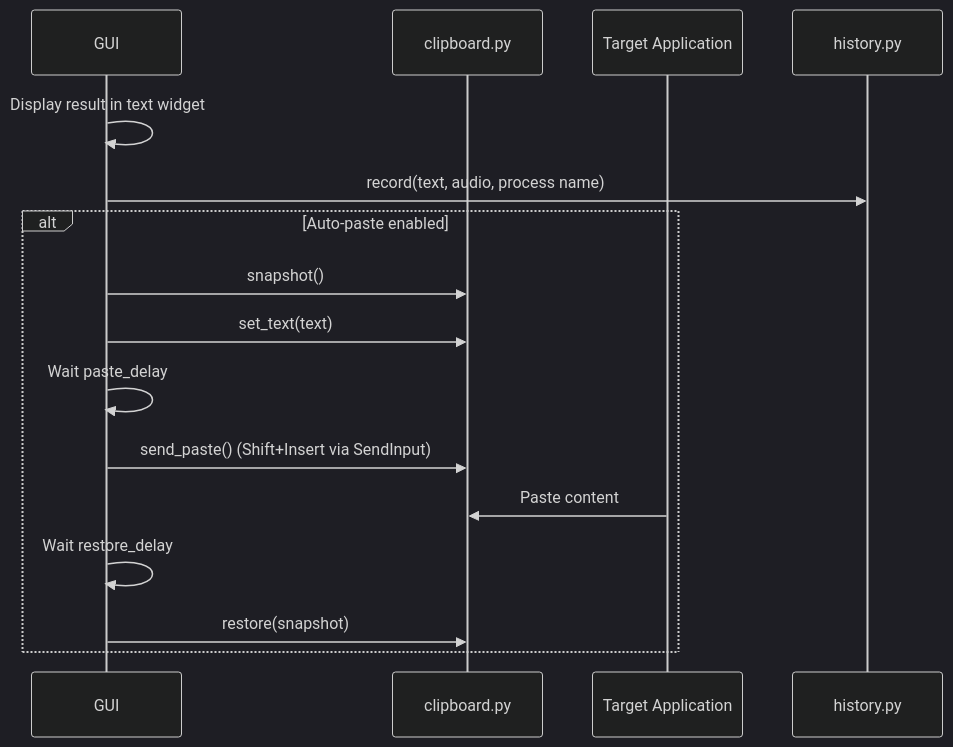
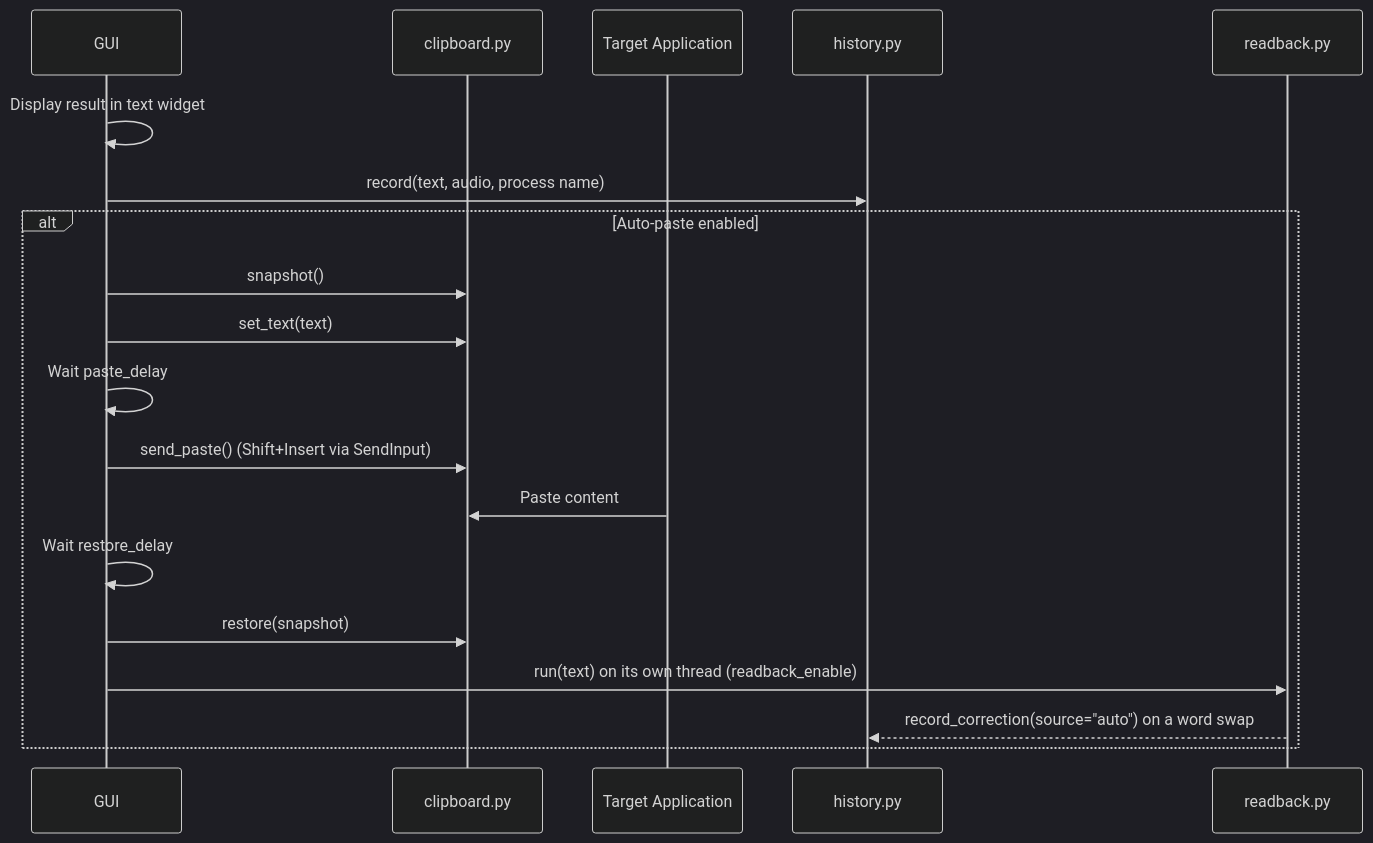
The fifth of 6 diagrams in docs/architecture.md (dancwilliams/whisper-dictate), drawn with Mermaid (dark theme) before and after one commit. The commit also changed other lines of this file and 9 other files, not shown here.

First line of the commit message:
Capture a word swap made after a paste as a correction

````diff
--- a/docs/architecture.md
+++ b/docs/architecture.md
@@ -198,20 +198,23 @@
 ```mermaid
 sequenceDiagram
     participant GUI
     participant Clip as clipboard.py
     participant Target as Target Application
     participant History as history.py
+    participant Readback as readback.py
 
     GUI->>GUI: Display result in text widget
     GUI->>History: record(text, audio, process name)
 
     alt Auto-paste enabled
         GUI->>Clip: snapshot()
         GUI->>Clip: set_text(text)
         GUI->>GUI: Wait paste_delay
         GUI->>Clip: send_paste() (Shift+Insert via SendInput)
         Target->>Clip: Paste content
         GUI->>GUI: Wait restore_delay
         GUI->>Clip: restore(snapshot)
+        GUI->>Readback: run(text) on its own thread (readback_enable)
+        Readback-->>History: record_correction(source="auto") on a word swap
     end
 ```
````
